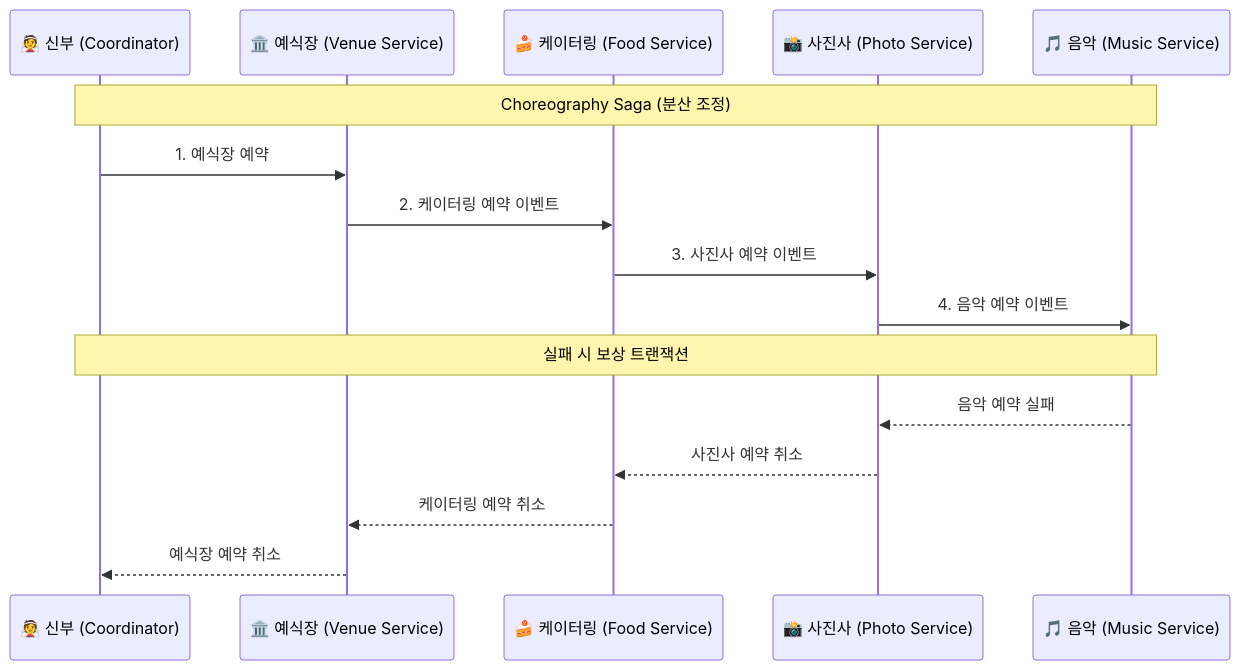
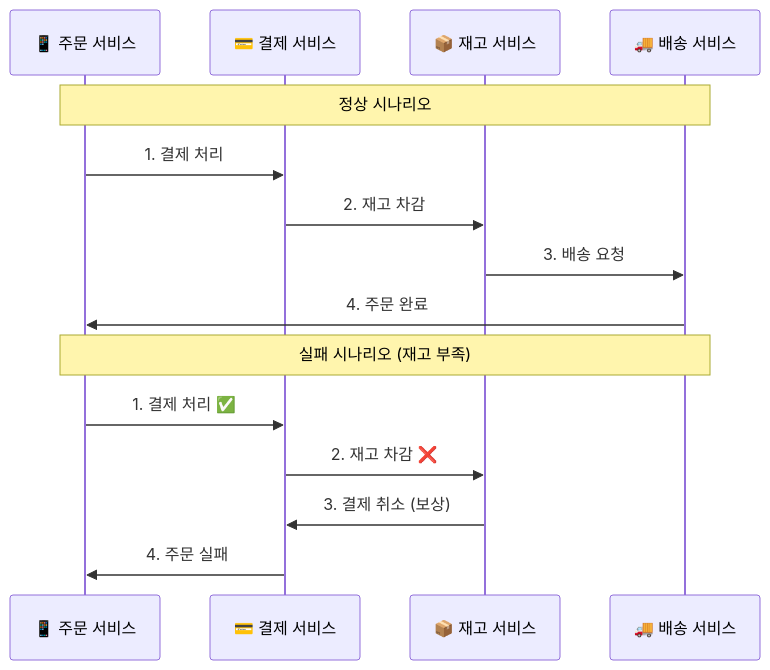
The fourth of 9 diagrams in theory/week_04/day1/session_3.md (niceguy61/kdt_devops_lecture_2025), drawn with Mermaid before and after one commit. The commit also changed other lines of this file and 5 other files, not shown here.

````diff
--- a/theory/week_04/day1/session_3.md
+++ b/theory/week_04/day1/session_3.md
@@ -94,22 +198,19 @@
 ```mermaid
 sequenceDiagram
-    participant C as 👰 신부 (Coordinator)
-    participant V as 🏛️ 예식장 (Venue Service)
-    participant F as 🍰 케이터링 (Food Service)
-    participant P as 📸 사진사 (Photo Service)
-    participant M as 🎵 음악 (Music Service)
+    participant O as 📱 주문 서비스
+    participant P as 💳 결제 서비스
+    participant I as 📦 재고 서비스
+    participant S as 🚚 배송 서비스
     
-    Note over C,M: Choreography Saga (분산 조정)
+    Note over O,S: 정상 시나리오
+    O->>P: 1. 결제 처리
+    P->>I: 2. 재고 차감
+    I->>S: 3. 배송 요청
+    S->>O: 4. 주문 완료
     
-    C->>V: 1. 예식장 예약
-    V->>F: 2. 케이터링 예약 이벤트
-    F->>P: 3. 사진사 예약 이벤트
-    P->>M: 4. 음악 예약 이벤트
-    
-    Note over C,M: 실패 시 보상 트랜잭션
-    
-    M-->>P: 음악 예약 실패
-    P-->>F: 사진사 예약 취소
-    F-->>V: 케이터링 예약 취소
-    V-->>C: 예식장 예약 취소
+    Note over O,S: 실패 시나리오 (재고 부족)
+    O->>P: 1. 결제 처리 ✅
+    P->>I: 2. 재고 차감 ❌
+    I->>P: 3. 결제 취소 (보상)
+    P->>O: 4. 주문 실패
 ```
````
